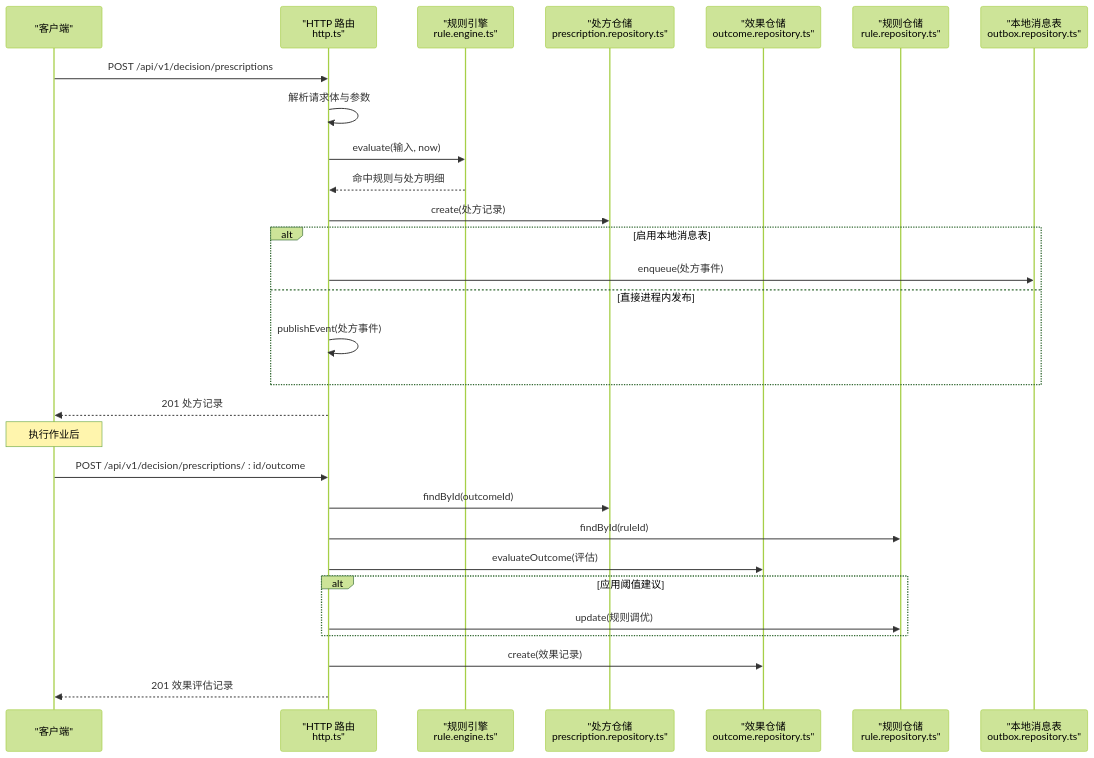
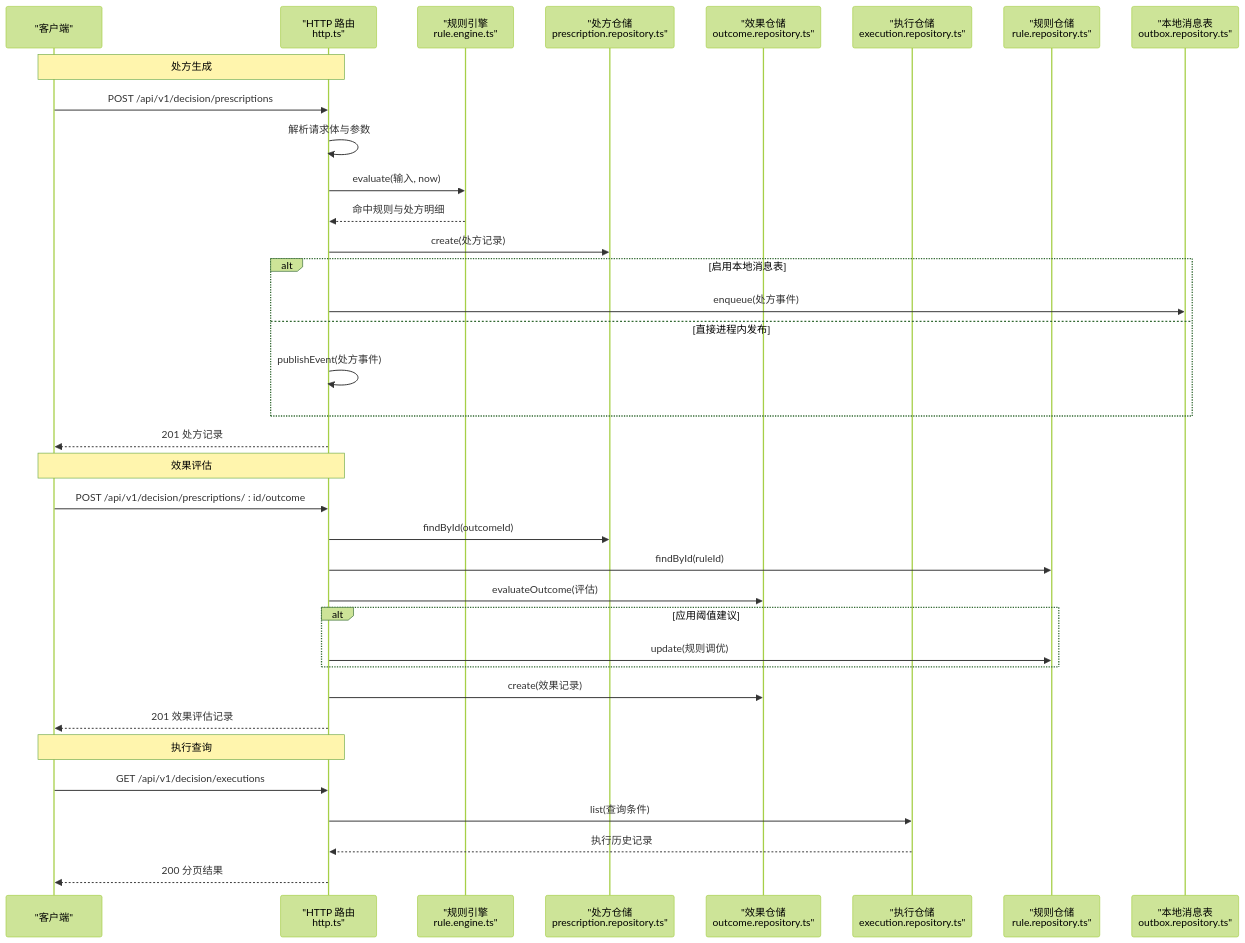
Before and after one commit to q446328246/agri-platform: the ninth of 14 diagrams in .qoder/repowiki/zh/content/核心服务文档/智能决策服务/智能决策服务.md, drawn with Mermaid (forest theme). The commit also changed other lines of this file and 35 other files, not shown here.

````diff
--- a/.qoder/repowiki/zh/content/核心服务文档/智能决策服务/智能决策服务.md
+++ b/.qoder/repowiki/zh/content/核心服务文档/智能决策服务/智能决策服务.md
@@ -440,31 +580,38 @@
 ```mermaid
 sequenceDiagram
 participant Client as "客户端"
 participant HTTP as "HTTP 路由<br/>http.ts"
 participant Engine as "规则引擎<br/>rule.engine.ts"
 participant PrescRepo as "处方仓储<br/>prescription.repository.ts"
 participant OutcomeRepo as "效果仓储<br/>outcome.repository.ts"
+participant ExecRepo as "执行仓储<br/>execution.repository.ts"
 participant RuleRepo as "规则仓储<br/>rule.repository.ts"
 participant Outbox as "本地消息表<br/>outbox.repository.ts"
+Note over Client,HTTP : 处方生成
 Client->>HTTP : POST /api/v1/decision/prescriptions
 HTTP->>HTTP : 解析请求体与参数
 HTTP->>Engine : evaluate(输入, now)
 Engine-->>HTTP : 命中规则与处方明细
 HTTP->>PrescRepo : create(处方记录)
 alt 启用本地消息表
 HTTP->>Outbox : enqueue(处方事件)
 else 直接进程内发布
 HTTP->>HTTP : publishEvent(处方事件)
 end
 HTTP-->>Client : 201 处方记录
-Note over Client : 执行作业后
+Note over Client,HTTP : 效果评估
 Client->>HTTP : POST /api/v1/decision/prescriptions/ : id/outcome
 HTTP->>PrescRepo : findById(outcomeId)
 HTTP->>RuleRepo : findById(ruleId)
 HTTP->>OutcomeRepo : evaluateOutcome(评估)
 alt 应用阈值建议
 HTTP->>RuleRepo : update(规则调优)
 end
 HTTP->>OutcomeRepo : create(效果记录)
 HTTP-->>Client : 201 效果评估记录
+Note over Client,HTTP : 执行查询
+Client->>HTTP : GET /api/v1/decision/executions
+HTTP->>ExecRepo : list(查询条件)
+ExecRepo-->>HTTP : 执行历史记录
+HTTP-->>Client : 200 分页结果
 ```
````
